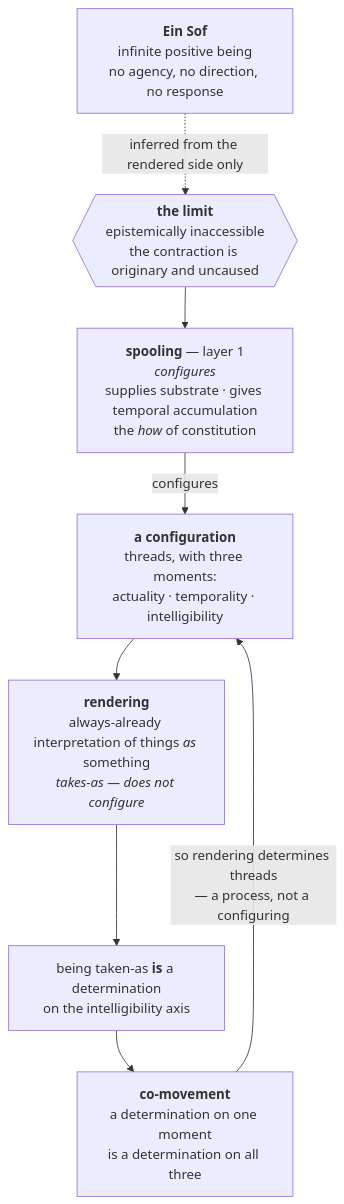
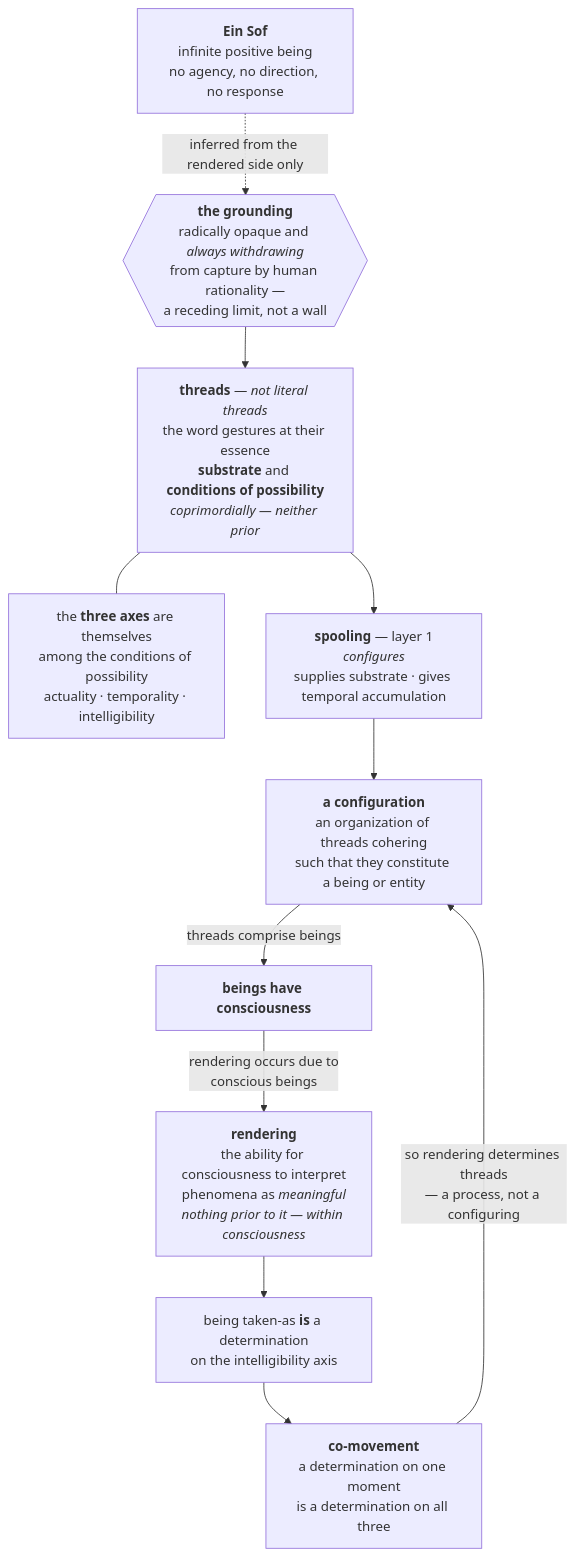
Before and after one commit to jordanelias/ttrpg: the first of 8 diagrams in canon/philosophy/DIAGRAM.md, drawn with Mermaid. The commit also changed other lines of this file and 8 other files, not shown here.

````diff
--- a/canon/philosophy/DIAGRAM.md
+++ b/canon/philosophy/DIAGRAM.md
@@ -18,18 +18,22 @@
 ```mermaid
 flowchart TD
     ES["<b>Ein Sof</b><br/>infinite positive being<br/>no agency, no direction, no response"]
-    LIM{{"<b>the limit</b><br/>epistemically inaccessible<br/>the contraction is originary and uncaused"}}
-    SP["<b>spooling</b> — layer 1<br/><i>configures</i><br/>supplies substrate · gives temporal accumulation<br/>the <i>how</i> of constitution"]
-    CFG["<b>a configuration</b><br/>threads, with three moments:<br/>actuality · temporality · intelligibility"]
-    REND["<b>rendering</b><br/>always-already interpretation of things <i>as</i> something<br/><i>takes-as — does not configure</i>"]
+    LIM{{"<b>the grounding</b><br/>radically opaque and <i>always withdrawing</i><br/>from capture by human rationality —<br/>a receding limit, not a wall"}}
+    TH["<b>threads</b> — <i>not literal threads</i><br/>the word gestures at their essence<br/><b>substrate</b> and <b>conditions of possibility</b><br/><i>coprimordially — neither prior</i>"]
+    AX["the <b>three axes</b> are themselves<br/>among the conditions of possibility<br/>actuality · temporality · intelligibility"]
+    SP["<b>spooling</b> — layer 1<br/><i>configures</i><br/>supplies substrate · gives temporal accumulation"]
+    CFG["<b>a configuration</b><br/>an organization of threads cohering<br/>such that they constitute a being or entity"]
+    CON["<b>beings have consciousness</b>"]
+    REND["<b>rendering</b><br/>the ability for consciousness to interpret<br/>phenomena as <i>meaningful</i><br/><i>nothing prior to it — within consciousness</i>"]
     DET["being taken-as <b>is</b> a determination<br/>on the intelligibility axis"]
     CO["<b>co-movement</b><br/>a determination on one moment<br/>is a determination on all three"]
 
     ES -.->|"inferred from the rendered side only"| LIM
-    LIM --> SP
-    SP -->|configures| CFG
-    CFG --> REND
-    REND --> DET
-    DET --> CO
+    LIM --> TH
+    TH --- AX
+    TH --> SP --> CFG
+    CFG -->|"threads comprise beings"| CON
+    CON -->|"rendering occurs due to<br/>conscious beings"| REND
+    REND --> DET --> CO
     CO -->|"so rendering determines threads<br/>— a process, not a configuring"| CFG
 ```
````
